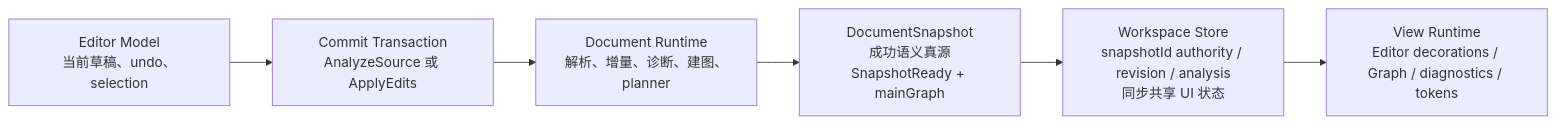
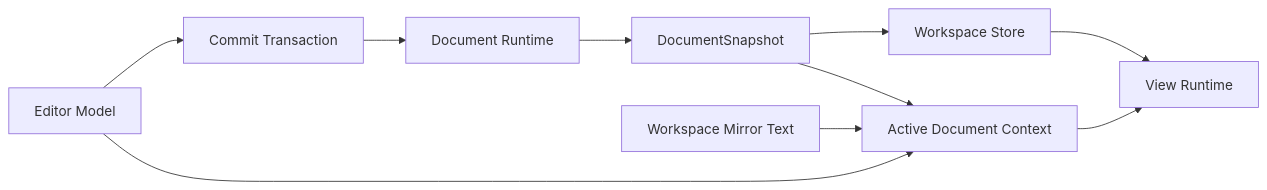
The diagram in docs/editor-data-flow.md (loggerhead/treease), drawn with Mermaid before and after one commit. The commit also changed other lines of this file and 25 other files, not shown here.

````diff
--- a/docs/editor-data-flow.md
+++ b/docs/editor-data-flow.md
@@ -55,11 +55,17 @@
 ```mermaid
 flowchart LR
-  EM["Editor Model<br/>当前草稿、undo、selection"]
-  CT["Commit Transaction<br/>AnalyzeSource 或 ApplyEdits"]
-  DR["Document Runtime<br/>解析、增量、诊断、建图、planner"]
-  DS["DocumentSnapshot<br/>成功语义真源<br/>SnapshotReady + mainGraph"]
-  WS["Workspace Store<br/>snapshotId authority / revision / analysis<br/>同步共享 UI 状态"]
-  VR["View Runtime<br/>Editor decorations / Graph / diagnostics / tokens"]
+  EM["Editor Model"]
+  CT["Commit Transaction"]
+  DR["Document Runtime"]
+  DS["DocumentSnapshot"]
+  WS["Workspace Store"]
+  WM["Workspace Mirror Text"]
+  AC["Active Document Context"]
+  VR["View Runtime"]
 
   EM --> CT --> DR --> DS --> WS --> VR
+  WM --> AC
+  EM --> AC
+  DS --> AC
+  AC --> VR
 ```
````
